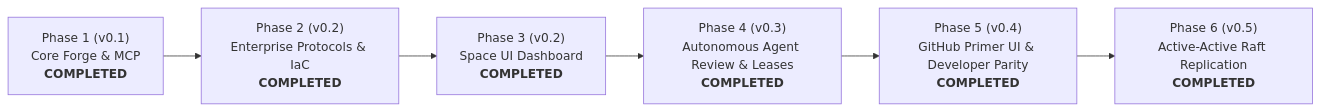
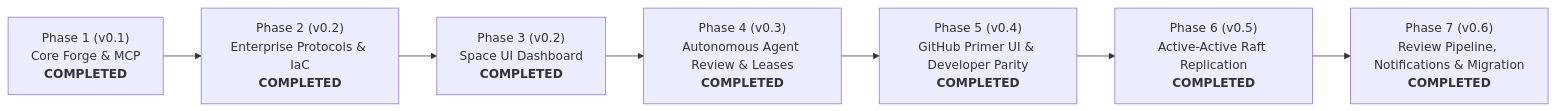
Before and after one commit to RavaniRoshan/exist.io: the diagram in ROADMAP.md, drawn with Mermaid. The commit also changed other lines of this file and 4 other files, not shown here.

Commit message:
docs(release): document Phase 7 v0.6.0-beta features and updated roadmap

````diff
--- a/ROADMAP.md
+++ b/ROADMAP.md
@@ -21,15 +21,17 @@
 ```mermaid
 flowchart LR
     P1["Phase 1 (v0.1)<br/>Core Forge & MCP<br/><b>COMPLETED</b>"]
     P2["Phase 2 (v0.2)<br/>Enterprise Protocols & IaC<br/><b>COMPLETED</b>"]
     P3["Phase 3 (v0.2)<br/>Space UI Dashboard<br/><b>COMPLETED</b>"]
     P4["Phase 4 (v0.3)<br/>Autonomous Agent Review & Leases<br/><b>COMPLETED</b>"]
     P5["Phase 5 (v0.4)<br/>GitHub Primer UI & Developer Parity<br/><b>COMPLETED</b>"]
     P6["Phase 6 (v0.5)<br/>Active-Active Raft Replication<br/><b>COMPLETED</b>"]
+    P7["Phase 7 (v0.6)<br/>Review Pipeline, Notifications & Migration<br/><b>COMPLETED</b>"]
 
     P1 --> P2
     P2 --> P3
     P3 --> P4
     P4 --> P5
     P5 --> P6
+    P6 --> P7
 ```
````
